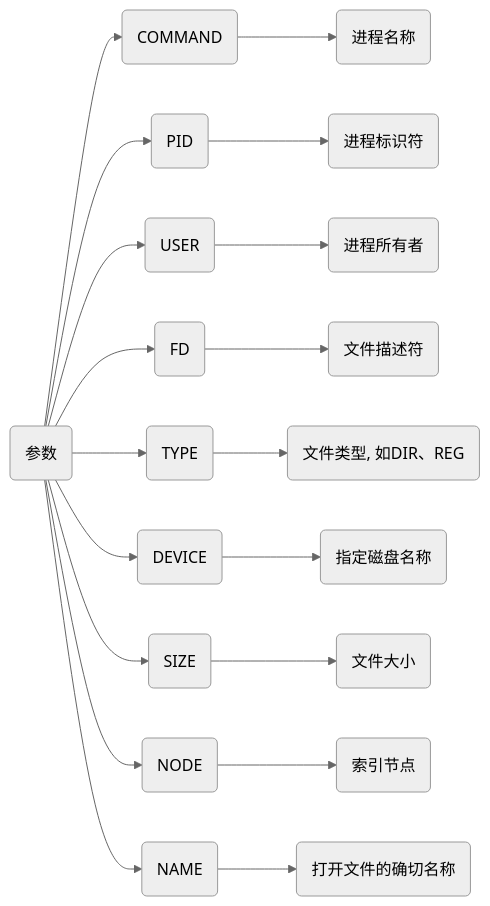
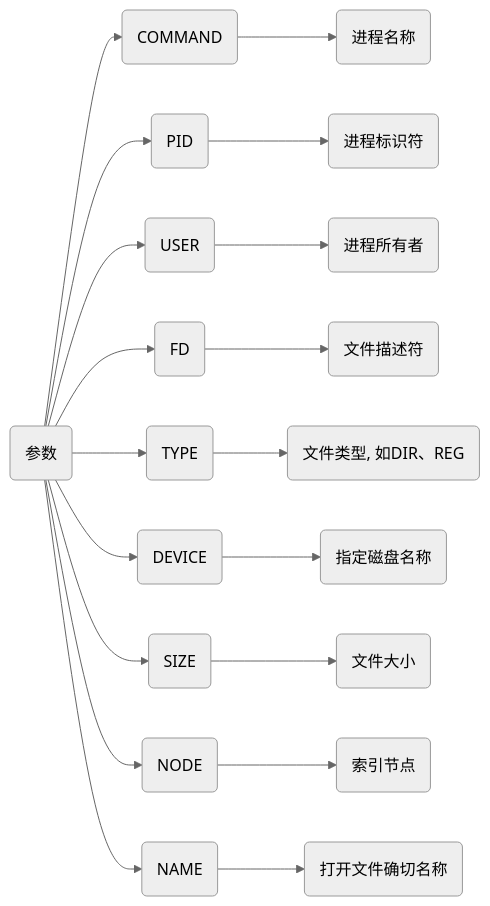
One commit to dmjcb/dmjcb.github.io changed the third of 4 diagrams in _posts/operating_system/linux/system/2021-03-09-系统指令.md. Above: the diagram before and after it, drawn with Mermaid (neutral theme). The commit also changed other lines of this file and 14 other files, not shown here.

````diff
--- a/_posts/operating_system/linux/system/2021-03-09-系统指令.md
+++ b/_posts/operating_system/linux/system/2021-03-09-系统指令.md
@@ -118,13 +118,13 @@
 ```mermaid
 graph LR;
     X(参数)
     X-->A(COMMAND)-->A1(进程名称)
     X-->B(PID)-->B1(进程标识符)
     X-->C(USER)-->C1(进程所有者)
     X-->D(FD)-->D1(文件描述符)
     X-->E(TYPE)-->E1(文件类型, 如DIR、REG)
     X-->F(DEVICE)-->F1(指定磁盘名称)
     X-->G(SIZE)-->G1(文件大小)
     X-->H(NODE)-->H1(索引节点)
-    X-->I(NAME)-->I1(打开文件的确切名称)
+    X-->I(NAME)-->I1(打开文件确切名称)
 ```
````
